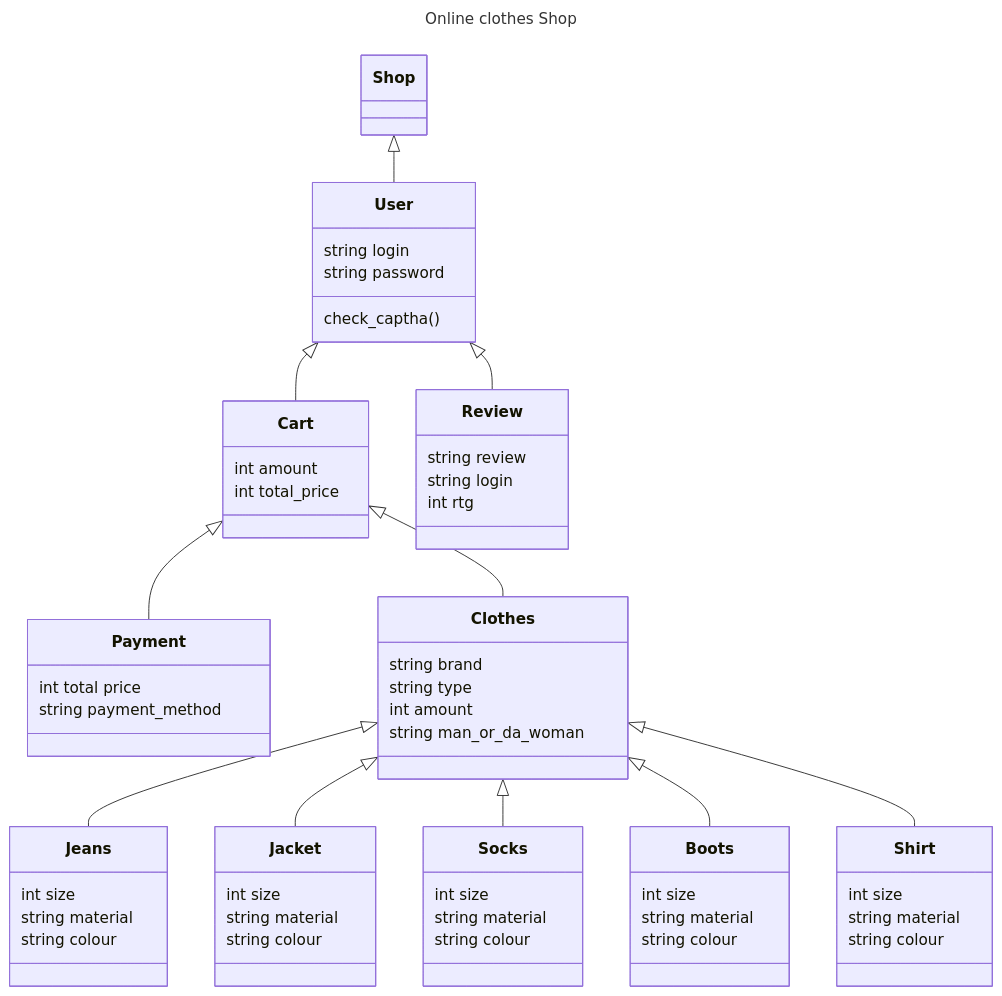
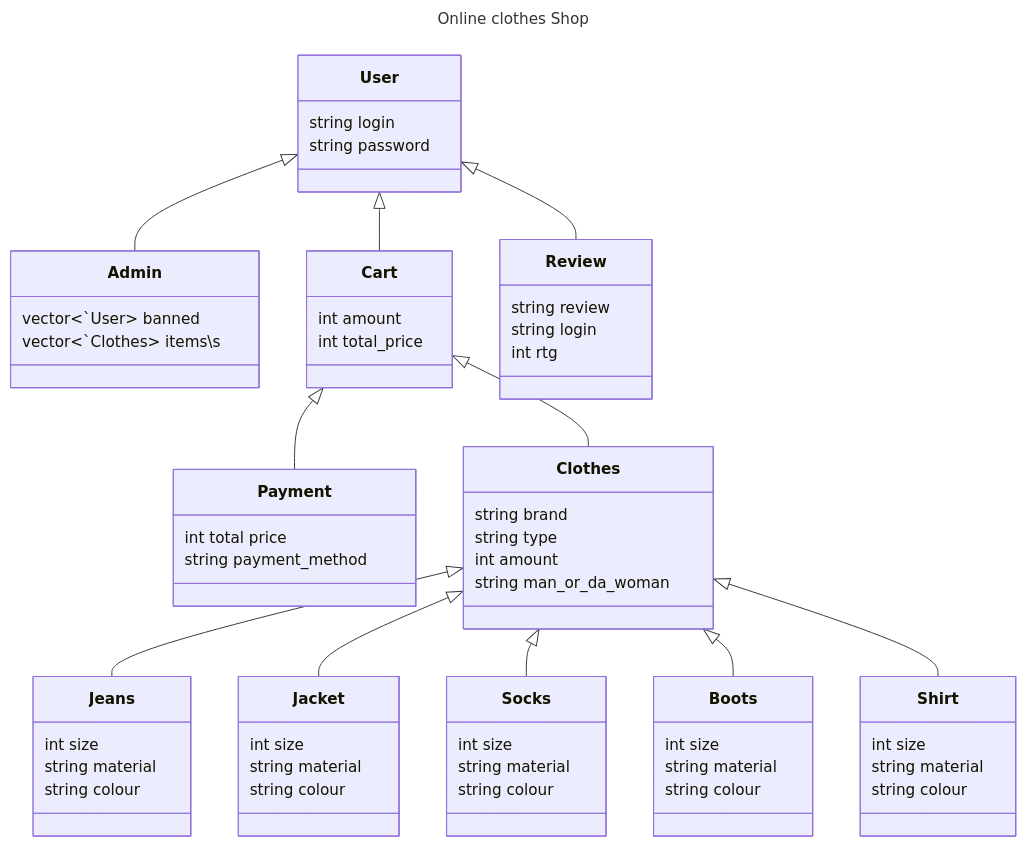
One commit to octolss/team_lead changed the diagram in README.md. Above: the diagram before and after it, drawn with Mermaid. The commit also changed 1 other file, not shown here.

````diff
--- a/README.md
+++ b/README.md
@@ -1,78 +1,82 @@
 ```mermaid
 ---
 title: Online clothes Shop
 ---
 classDiagram
-    Shop <|-- User
+    User<|--Admin
     Cart <|-- Payment
     User <|-- Cart
     User<|--Review
     Cart <|-- Clothes
     Clothes <|-- Jeans
     Clothes <|-- Jacket
     Clothes <|-- Socks
     Clothes <|-- Boots
     Clothes <|-- Shirt
 
 
     class User{
         string login
         string password
-        check_captha()
+    }
+
+    class Admin{
+        vector<`User> banned
+        vector<`Clothes> items\s
     }
 
     class Clothes{
         string brand
         string type
         int amount
         string man_or_da_woman
     }
 
     class Review{
         string review
         string login
         int rtg
     }
 
     class Cart{
         int amount
         int total_price
     }
 
     class Payment{
         int total price
         string payment_method
     }
 
     class Jeans{
         int size
         string material
         string colour
     }
 
     class Jacket{
         int size
         string material
         string colour
     }
 
     class Socks{
         int size
         string material
         string colour
     }
 
     class Boots{
         int size
         string material
         string colour
     }
 
     class Shirt{
         int size
         string material
         string colour
     }
     
 
 ```
````
